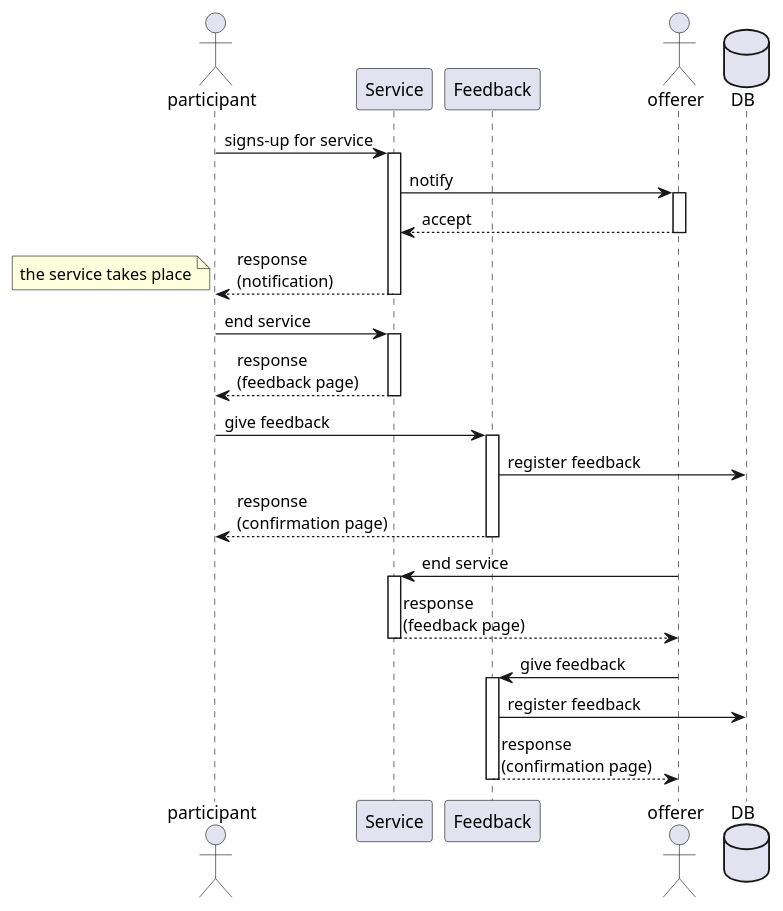
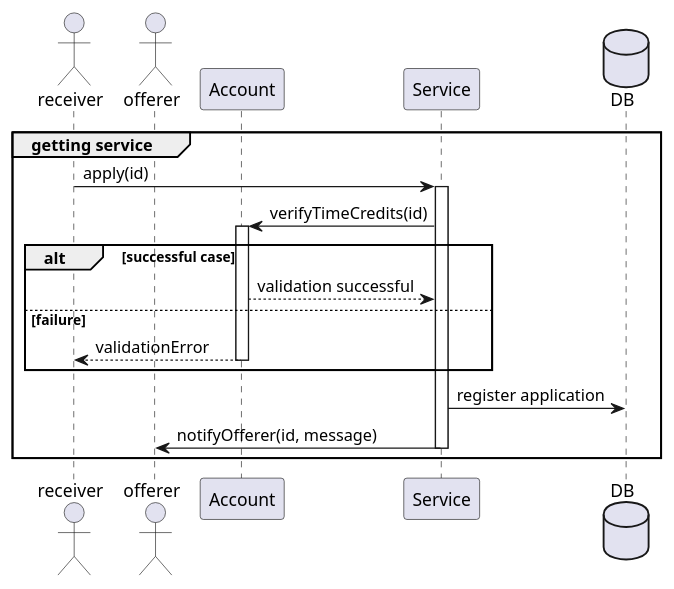
Before and after one commit to ZDenizYStenhaug/swe573-Project: the diagram in sequenceDiagramGettingService.puml, drawn with PlantUML. The commit also changed 5 other files, not shown here.

```diff
--- a/sequenceDiagramGettingService.puml
+++ b/sequenceDiagramGettingService.puml
@@ -1,48 +1,27 @@
 @startuml
 
-actor participant
+group getting service
+
+actor receiver
+actor offerer
+participant Account
 participant Service
-participant Feedback
-actor offerer
 database DB
 
-participant -> Service: signs-up for service
+receiver -> Service: apply(id)
+
 activate Service
-Service -> offerer: notify
-activate offerer
-offerer --> Service: accept
-deactivate offerer
-Service --> participant: response\n(notification)
+Service -> Account: verifyTimeCredits(id)
+activate Account
+alt successful case
+    Account --> Service: validation successful
+else failure
+    Account --> receiver: validationError
+deactivate Account
+end
+Service -> DB: register application
+
+Service -> offerer: notifyOfferer(id, message)
 deactivate Service
-
-note left: the service takes place
-
-participant -> Service: end service
-activate Service
-Service --> participant: response\n(feedback page)
-deactivate Service
-
-participant -> Feedback: give feedback
-activate Feedback
-Feedback -> DB: register feedback
-Feedback --> participant: response\n(confirmation page)
-deactivate Feedback
-
-offerer -> Service: end service
-activate Service
-Service --> offerer: response\n(feedback page)
-deactivate Service
-
-offerer -> Feedback: give feedback
-activate Feedback
-Feedback -> DB: register feedback
-Feedback --> offerer: response\n(confirmation page)
-deactivate Feedback
-
-
-
-
-
-
-
+end
 @enduml
```
